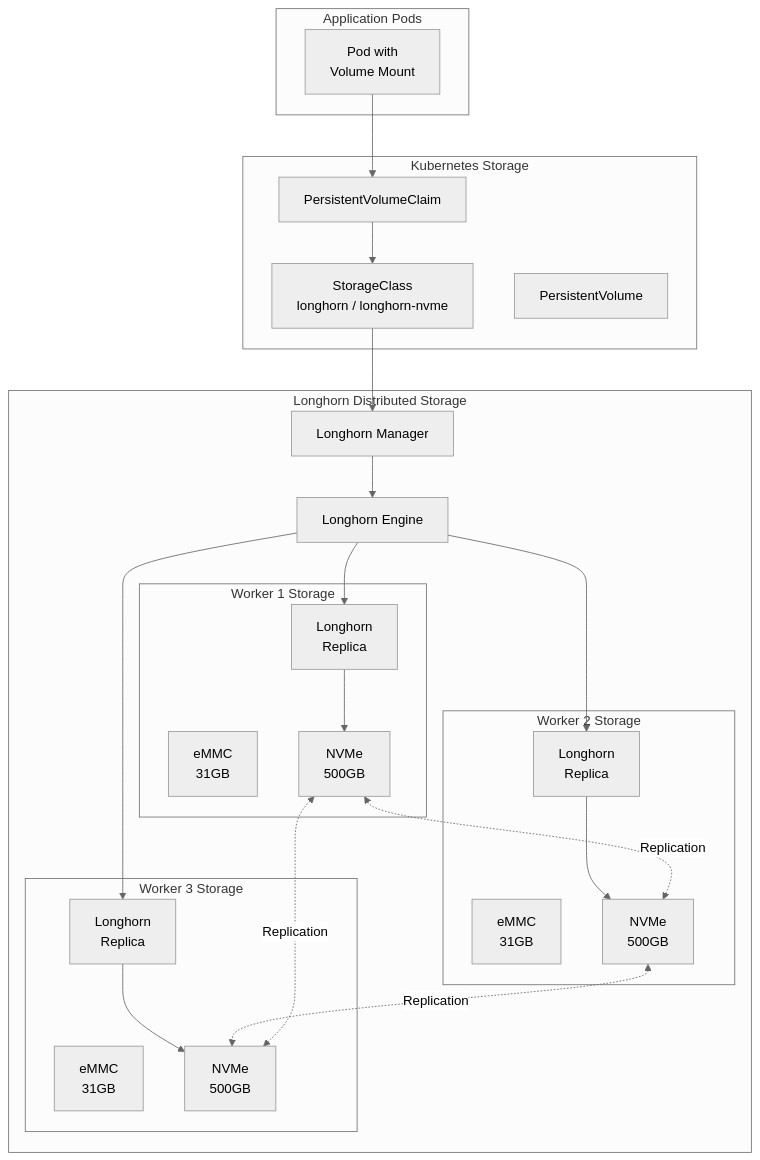
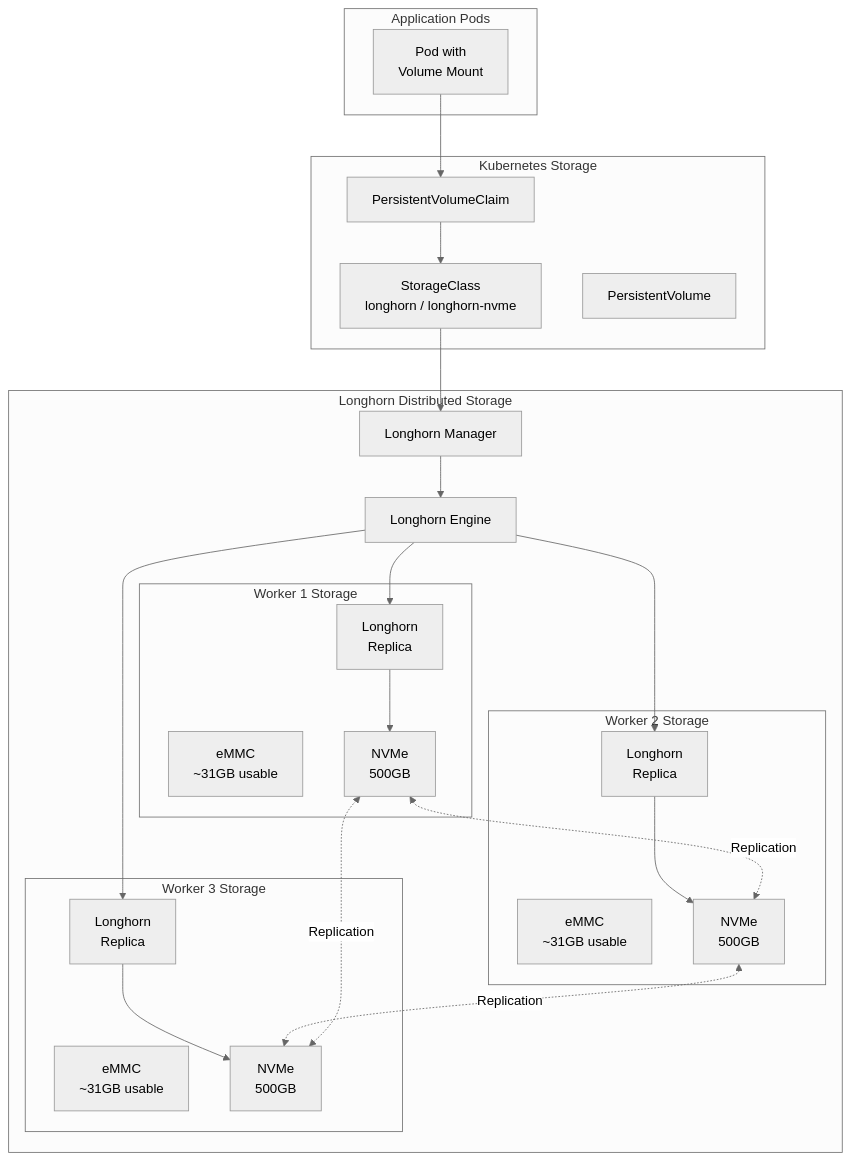
Before and after one commit to freed-dev-llc/turing-rk1-cluster: the third of 9 diagrams in docs/ARCHITECTURE.md, drawn with Mermaid. The commit also changed 3 other files, not shown here.

````diff
--- a/docs/ARCHITECTURE.md
+++ b/docs/ARCHITECTURE.md
@@ -109,53 +109,53 @@
 ```mermaid
 %%{init: {'theme': 'neutral'}}%%
 flowchart TB
     subgraph StorageLayer["Longhorn Distributed Storage"]
         LM["Longhorn Manager"]
         LE["Longhorn Engine"]
 
         subgraph Node2Storage["Worker 1 Storage"]
-            eMMC2["eMMC<br/>31GB"]
+            eMMC2["eMMC<br/>~31GB usable"]
             NVMe2["NVMe<br/>500GB"]
             LR2["Longhorn<br/>Replica"]
         end
 
         subgraph Node3Storage["Worker 2 Storage"]
-            eMMC3["eMMC<br/>31GB"]
+            eMMC3["eMMC<br/>~31GB usable"]
             NVMe3["NVMe<br/>500GB"]
             LR3["Longhorn<br/>Replica"]
         end
 
         subgraph Node4Storage["Worker 3 Storage"]
-            eMMC4["eMMC<br/>31GB"]
+            eMMC4["eMMC<br/>~31GB usable"]
             NVMe4["NVMe<br/>500GB"]
             LR4["Longhorn<br/>Replica"]
         end
     end
 
     subgraph K8sStorage["Kubernetes Storage"]
         SC["StorageClass<br/>longhorn / longhorn-nvme"]
         PVC["PersistentVolumeClaim"]
         PV["PersistentVolume"]
     end
 
     subgraph Pods["Application Pods"]
         Pod1["Pod with<br/>Volume Mount"]
     end
 
     Pod1 --> PVC
     PVC --> SC
     SC --> LM
     LM --> LE
 
     LE --> LR2
     LE --> LR3
     LE --> LR4
 
     LR2 --> NVMe2
     LR3 --> NVMe3
     LR4 --> NVMe4
 
     NVMe2 <-.->|Replication| NVMe3
     NVMe3 <-.->|Replication| NVMe4
     NVMe2 <-.->|Replication| NVMe4
 ```
````
